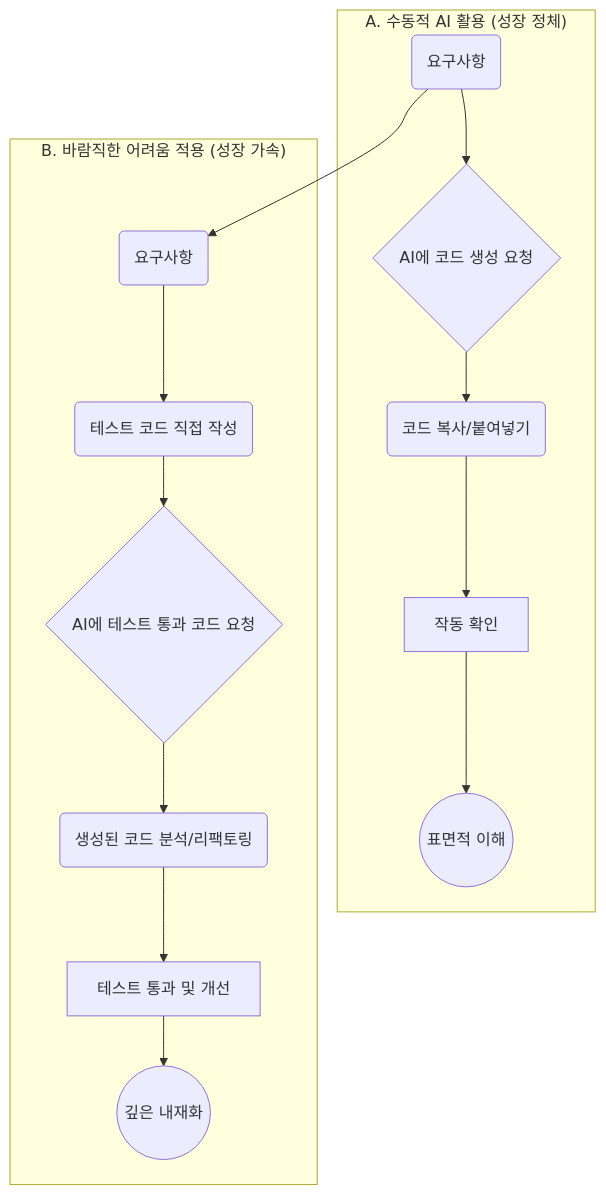
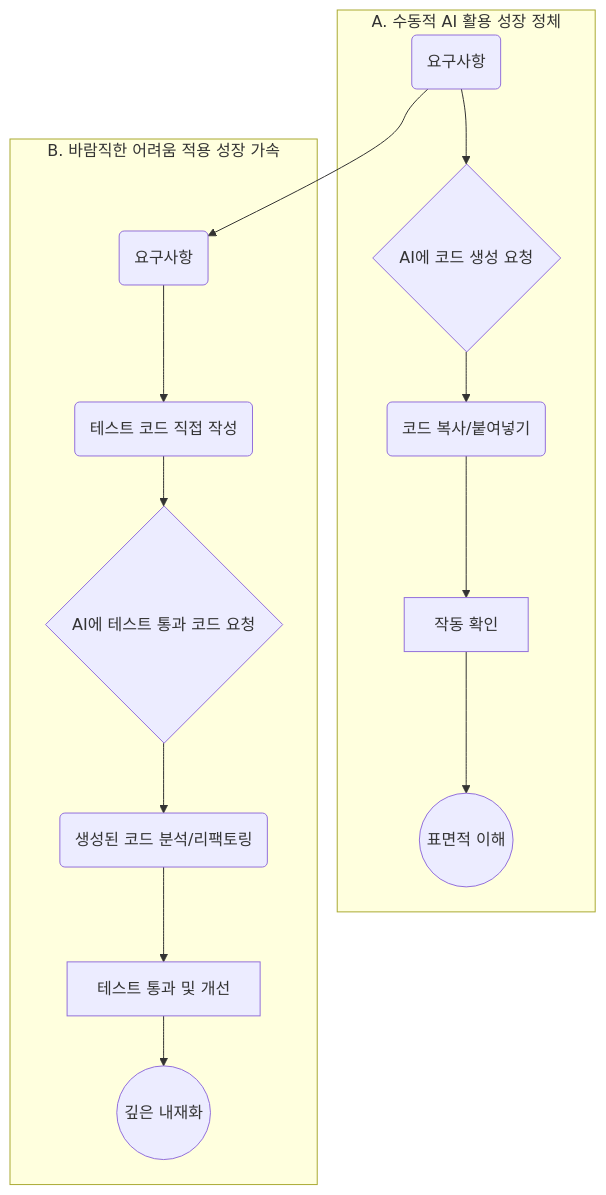
One commit to Mino777/ai-study changed the diagram in content/harness-engineering/ai-coding-brain-training-desirable-difficulty-strategy.mdx. Above: the diagram before and after it, drawn with Mermaid. The commit also changed 30 other files, not shown here.

First line of the commit message:
fix: Mermaid 렌더링 에러 42건 수정 + mermaid-fix.mjs 규칙 4개 추가

````diff
--- a/content/harness-engineering/ai-coding-brain-training-desirable-difficulty-strategy.mdx
+++ b/content/harness-engineering/ai-coding-brain-training-desirable-difficulty-strategy.mdx
@@ -79,19 +79,19 @@
 ```mermaid
 graph TD
-    subgraph passive_ai ["A. 수동적 AI 활용 (성장 정체)"]
+    subgraph passive_ai["A. 수동적 AI 활용 성장 정체"]
         A1(요구사항) --> A2{"AI에 코드 생성 요청"}
         A2 --> A3(코드 복사/붙여넣기)
         A3 --> A4[작동 확인]
         A4 --> A5((표면적 이해))
     end
 
-    subgraph active_ai ["B. 바람직한 어려움 적용 (성장 가속)"]
+    subgraph active_ai["B. 바람직한 어려움 적용 성장 가속"]
         B1(요구사항) --> B2(테스트 코드 직접 작성)
         B2 --> B3{"AI에 테스트 통과 코드 요청"}
         B3 --> B4(생성된 코드 분석/리팩토링)
         B4 --> B5[테스트 통과 및 개선]
         B5 --> B6((깊은 내재화))
     end
 
     A1 --> B1
 ```
````
